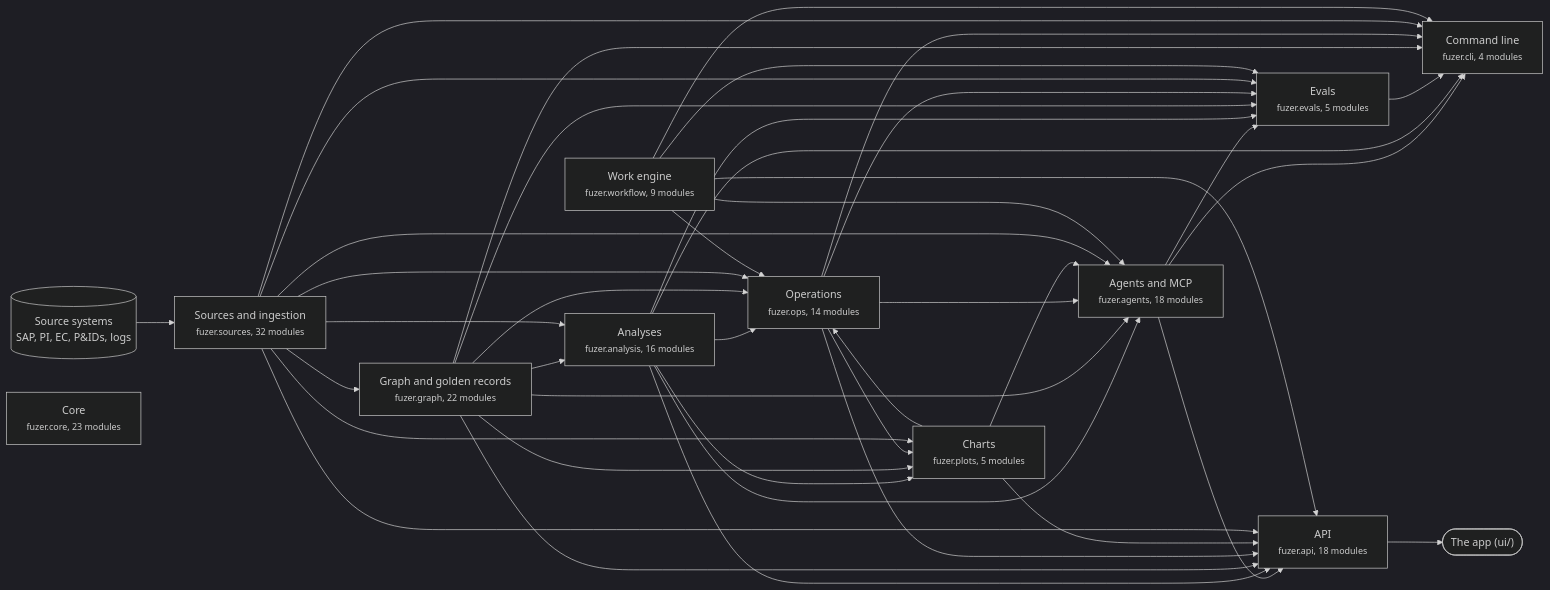
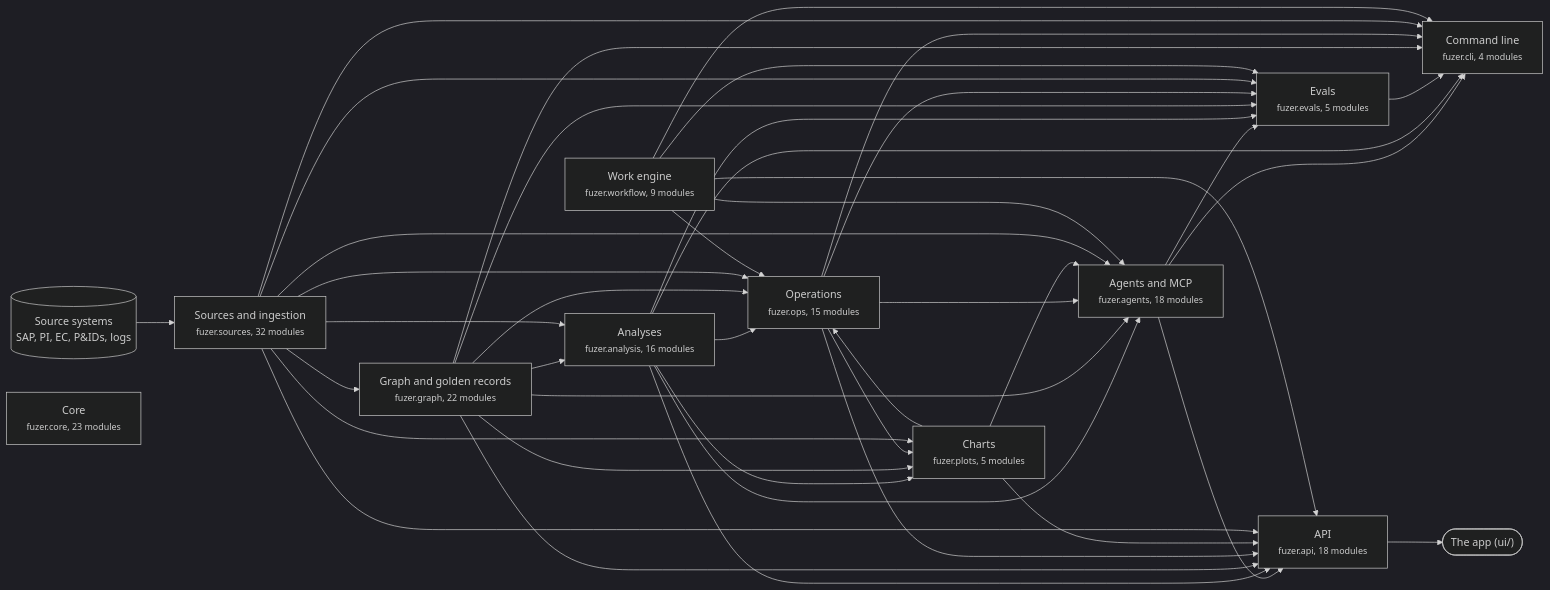
One commit to areed145/fuzer changed the first of 3 diagrams in docs/architecture.md. Above: the diagram before and after it, drawn with Mermaid (dark theme). The commit also changed other lines of this file and 8 other files, not shown here.

````diff
--- a/docs/architecture.md
+++ b/docs/architecture.md
@@ -8,66 +8,66 @@
 ```mermaid
 flowchart LR
   systems[("Source systems<br>SAP, PI, EC, P&IDs, logs")] --> c_sources
   app(["The app (ui/)"])
   c_api --> app
   c_sources["Sources and ingestion<br><small>fuzer.sources, 32 modules</small>"]
   c_graph["Graph and golden records<br><small>fuzer.graph, 22 modules</small>"]
   c_analysis["Analyses<br><small>fuzer.analysis, 16 modules</small>"]
-  c_ops["Operations<br><small>fuzer.ops, 14 modules</small>"]
+  c_ops["Operations<br><small>fuzer.ops, 15 modules</small>"]
   c_plots["Charts<br><small>fuzer.plots, 5 modules</small>"]
   c_workflow["Work engine<br><small>fuzer.workflow, 9 modules</small>"]
   c_agents["Agents and MCP<br><small>fuzer.agents, 18 modules</small>"]
   c_evals["Evals<br><small>fuzer.evals, 5 modules</small>"]
   c_api["API<br><small>fuzer.api, 18 modules</small>"]
   c_cli["Command line<br><small>fuzer.cli, 4 modules</small>"]
   c_core["Core<br><small>fuzer.core, 23 modules</small>"]
   c_sources --> c_graph
   c_graph --> c_analysis
   c_sources --> c_analysis
   c_analysis --> c_ops
   c_graph --> c_ops
   c_plots --> c_ops
   c_sources --> c_ops
   c_workflow --> c_ops
   c_analysis --> c_plots
   c_graph --> c_plots
   c_ops --> c_plots
   c_sources --> c_plots
   c_analysis --> c_agents
   c_graph --> c_agents
   c_ops --> c_agents
   c_plots --> c_agents
   c_sources --> c_agents
   c_workflow --> c_agents
   c_agents --> c_evals
   c_analysis --> c_evals
   c_graph --> c_evals
   c_ops --> c_evals
   c_sources --> c_evals
   c_workflow --> c_evals
   c_agents --> c_api
   c_analysis --> c_api
   c_graph --> c_api
   c_ops --> c_api
   c_plots --> c_api
   c_sources --> c_api
   c_workflow --> c_api
   c_agents --> c_cli
   c_analysis --> c_cli
   c_evals --> c_cli
   c_graph --> c_cli
   c_ops --> c_cli
   c_sources --> c_cli
   c_workflow --> c_cli
   click c_sources "https://github.com/areed145/fuzer/tree/main/src/fuzer/sources"
   click c_graph "https://github.com/areed145/fuzer/tree/main/src/fuzer/graph"
   click c_analysis "https://github.com/areed145/fuzer/tree/main/src/fuzer/analysis"
   click c_ops "https://github.com/areed145/fuzer/tree/main/src/fuzer/ops"
   click c_plots "https://github.com/areed145/fuzer/tree/main/src/fuzer/plots"
   click c_workflow "https://github.com/areed145/fuzer/tree/main/src/fuzer/workflow"
   click c_agents "https://github.com/areed145/fuzer/tree/main/src/fuzer/agents"
   click c_evals "https://github.com/areed145/fuzer/tree/main/src/fuzer/evals"
   click c_api "https://github.com/areed145/fuzer/tree/main/src/fuzer/api"
   click c_cli "https://github.com/areed145/fuzer/tree/main/src/fuzer/cli"
   click c_core "https://github.com/areed145/fuzer/tree/main/src/fuzer/core"
 ```
````
